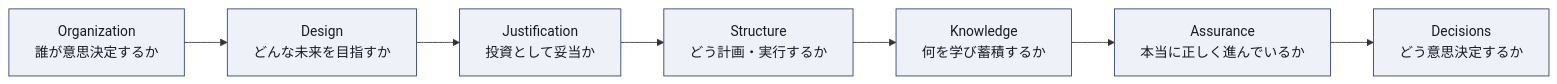
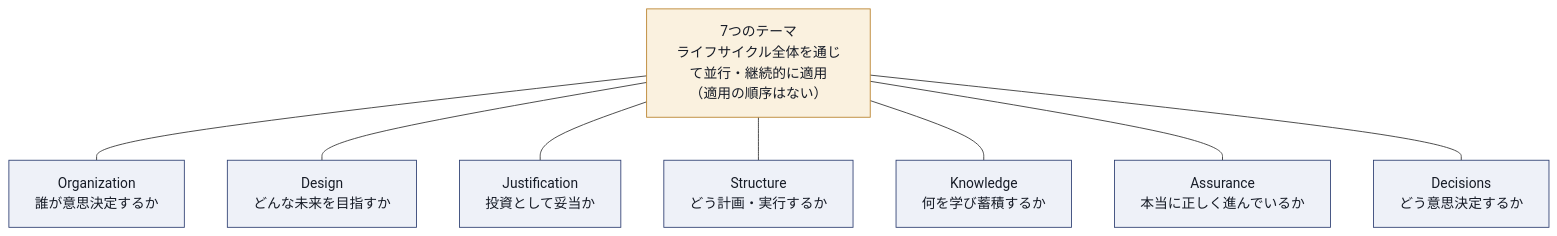
Before and after one commit to myoshi2891/Management-Team-Building-Studies: the third of 10 diagrams in Msp-foundation-5th-edition-guide.md, drawn with Mermaid. The commit also changed other lines of this file and 1 other file, not shown here.

Commit message:
docs(msp): update rebranding schedule, themes diagram, and practitioner cycle transition

````diff
--- a/Msp-foundation-5th-edition-guide.md
+++ b/Msp-foundation-5th-edition-guide.md
@@ -201,12 +201,16 @@
 ```mermaid
-flowchart LR
-    O["Organization<br/>誰が意思決定するか"] --> D["Design<br/>どんな未来を目指すか"]
-    D --> J["Justification<br/>投資として妥当か"]
-    J --> S["Structure<br/>どう計画・実行するか"]
-    S --> K["Knowledge<br/>何を学び蓄積するか"]
-    K --> A["Assurance<br/>本当に正しく進んでいるか"]
-    A --> DE["Decisions<br/>どう意思決定するか"]
+flowchart TB
+    TH["7つのテーマ<br/>ライフサイクル全体を通じて並行・継続的に適用<br/>（適用の順序はない）"]
+    TH --- O["Organization<br/>誰が意思決定するか"]
+    TH --- D["Design<br/>どんな未来を目指すか"]
+    TH --- J["Justification<br/>投資として妥当か"]
+    TH --- S["Structure<br/>どう計画・実行するか"]
+    TH --- K["Knowledge<br/>何を学び蓄積するか"]
+    TH --- A["Assurance<br/>本当に正しく進んでいるか"]
+    TH --- DE["Decisions<br/>どう意思決定するか"]
 
     classDef box fill:#EEF1F8,stroke:#2E3F72,color:#161B26
+    classDef hub fill:#FAF1DF,stroke:#B8802A,color:#161B26
     class O,D,J,S,K,A,DE box
+    class TH hub
 ```
````
